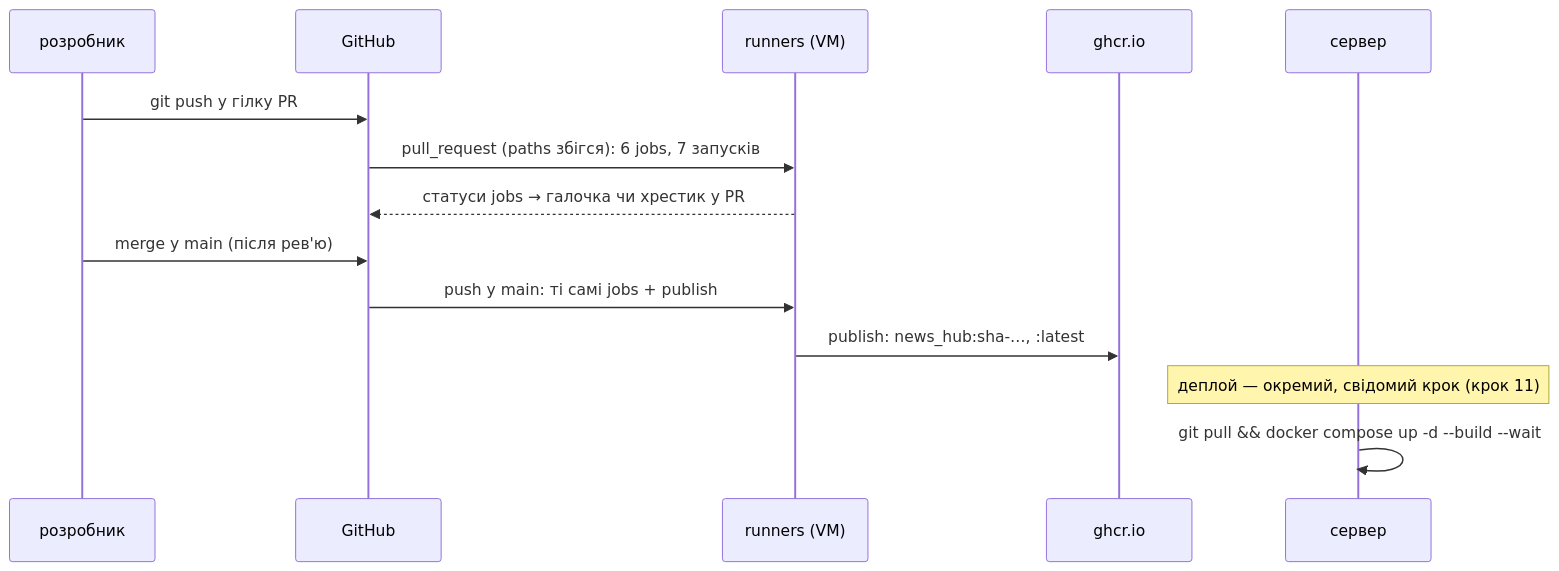
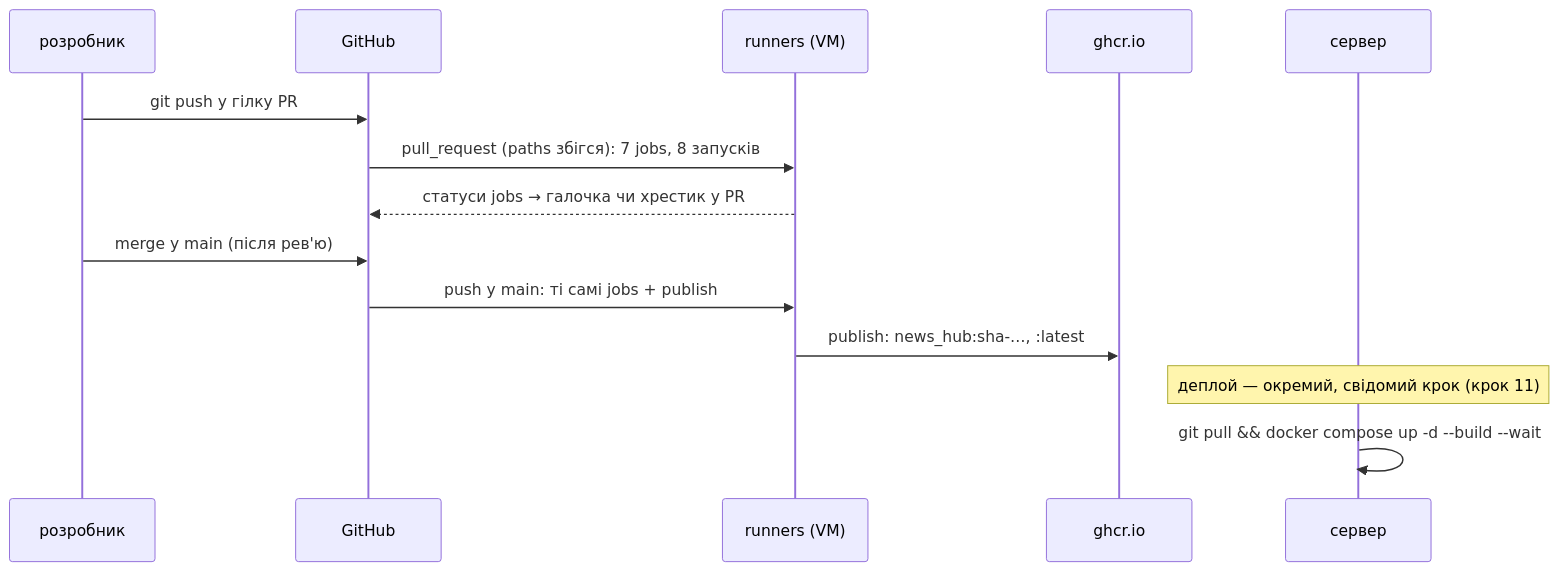
The first of 2 diagrams in docs/tutorials/12_ci_cd/permissions_and_publish.md (NikoriakViktor/news_hub), drawn with Mermaid before and after one commit. The commit also changed other lines of this file and 268 other files, not shown here.

````diff
--- a/docs/tutorials/12_ci_cd/permissions_and_publish.md
+++ b/docs/tutorials/12_ci_cd/permissions_and_publish.md
@@ -146,16 +146,16 @@
 ```mermaid
 sequenceDiagram
     participant D as розробник
     participant G as GitHub
     participant R as runners (VM)
     participant C as ghcr.io
     participant S as сервер
     D->>G: git push у гілку PR
-    G->>R: pull_request (paths збігся): 6 jobs, 7 запусків
+    G->>R: pull_request (paths збігся): 7 jobs, 8 запусків
     R-->>G: статуси jobs → галочка чи хрестик у PR
     D->>G: merge у main (після рев'ю)
     G->>R: push у main: ті самі jobs + publish
     R->>C: publish: news_hub:sha-…, :latest
     Note over S: деплой — окремий, свідомий крок (крок 11)
     S->>S: git pull && docker compose up -d --build --wait
 ```
````
